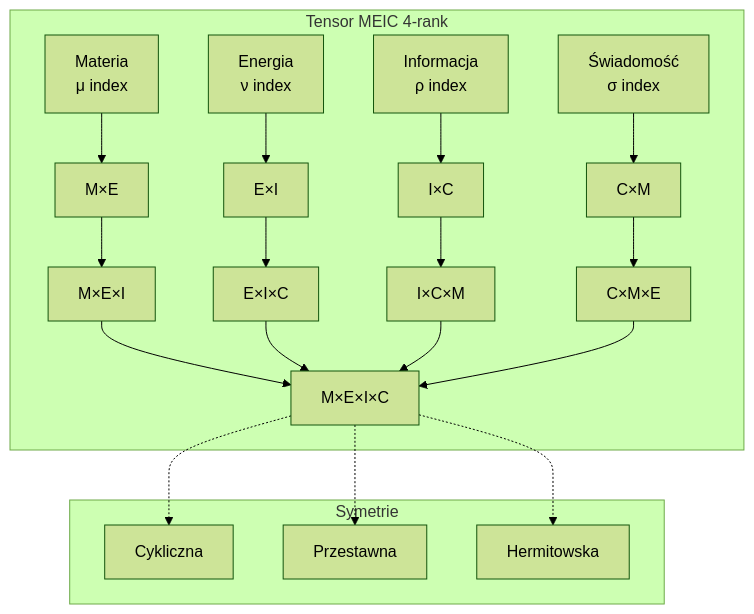
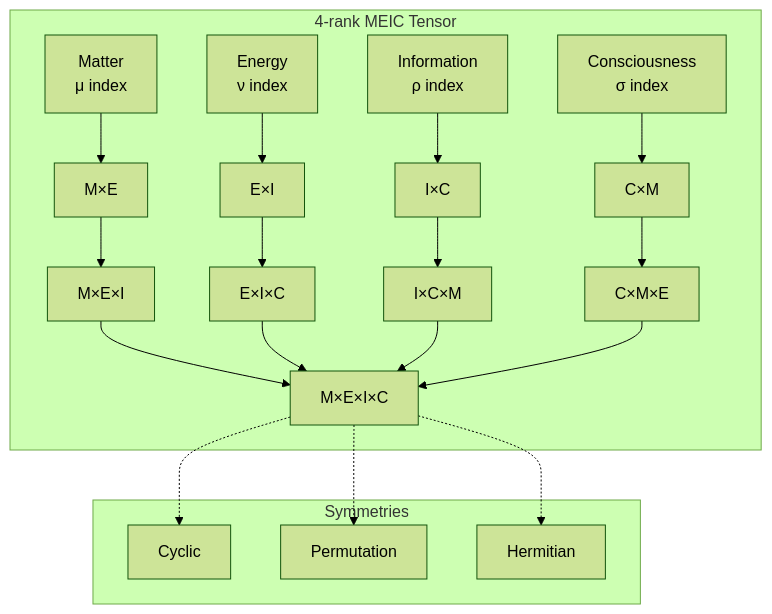
Before and after one commit to piopio314/THEORY-OF-CONSCIOUS-INFORMATIONAL-DETERMINATION: the fourth of 8 diagrams in theory/phase-4-interdisciplinary-integration/DIAGRAMS.md, drawn with Mermaid (forest theme). The commit also changed other lines of this file and 23 other files, not shown here.

````diff
--- a/theory/phase-4-interdisciplinary-integration/DIAGRAMS.md
+++ b/theory/phase-4-interdisciplinary-integration/DIAGRAMS.md
@@ -122,34 +122,34 @@
 ```mermaid
 graph TD
-    subgraph "Tensor MEIC 4-rank"
-        M[Materia<br/>μ index]
-        E[Energia<br/>ν index]
-        I[Informacja<br/>ρ index]
-        C[Świadomość<br/>σ index]
+    subgraph "4-rank MEIC Tensor"
+        M[Matter<br/>μ index]
+        E[Energy<br/>ν index]
+        I[Information<br/>ρ index]
+        C[Consciousness<br/>σ index]
         
         M --> ME[M×E]
         E --> EI[E×I]
         I --> IC[I×C]
         C --> CM[C×M]
         
         ME --> MEI[M×E×I]
         EI --> EIC[E×I×C]
         IC --> ICM[I×C×M]
         CM --> CME[C×M×E]
         
         MEI --> MEIC[M×E×I×C]
         EIC --> MEIC
         ICM --> MEIC
         CME --> MEIC
     end
     
-    subgraph "Symetrie"
-        S1[Cykliczna]
-        S2[Przestawna]
-        S3[Hermitowska]
+    subgraph "Symmetries"
+        S1[Cyclic]
+        S2[Permutation]
+        S3[Hermitian]
         
         MEIC -.-> S1
         MEIC -.-> S2
         MEIC -.-> S3
     end
 ```
````
